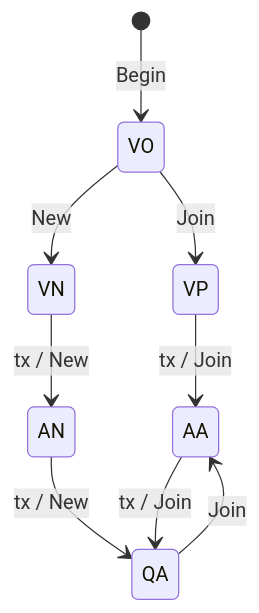
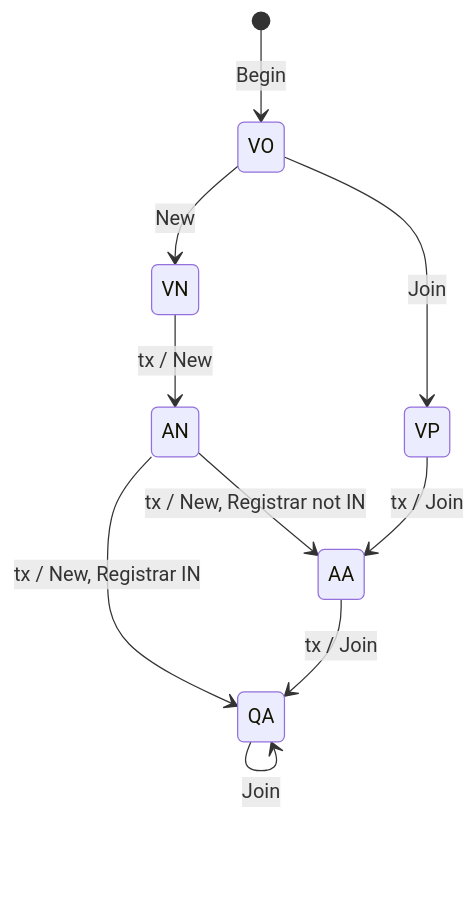
The second of 8 diagrams in doc/developer.md (kebag-logic/lwSRP), drawn with Mermaid before and after one commit. The commit also changed other lines of this file and 6 other files, not shown here.

```diff
--- a/doc/developer.md
+++ b/doc/developer.md
@@ -75,11 +76,12 @@
 ~~~mermaid
 stateDiagram-v2
     [*] --> VO: Begin
     VO --> VP: Join
     VO --> VN: New
     VN --> AN: tx / New
-    AN --> QA: tx / New
+    AN --> QA: tx / New, Registrar IN
+    AN --> AA: tx / New, Registrar not IN
     VP --> AA: tx / Join
     AA --> QA: tx / Join
-    QA --> AA: Join
+    QA --> QA: Join
 ~~~
```
